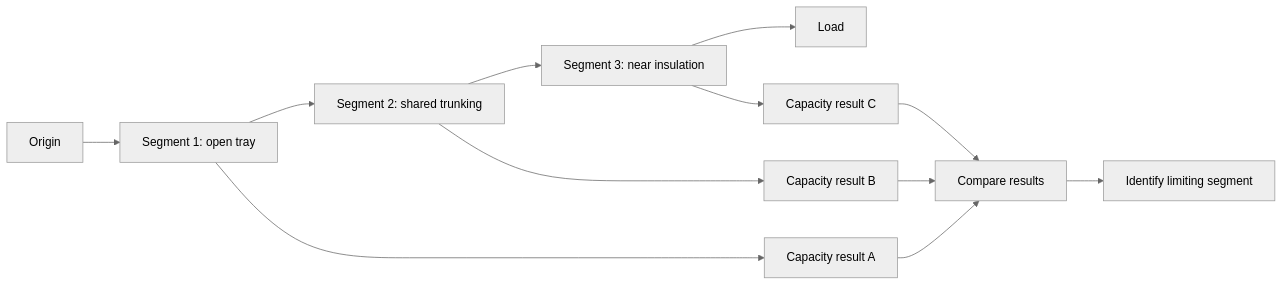
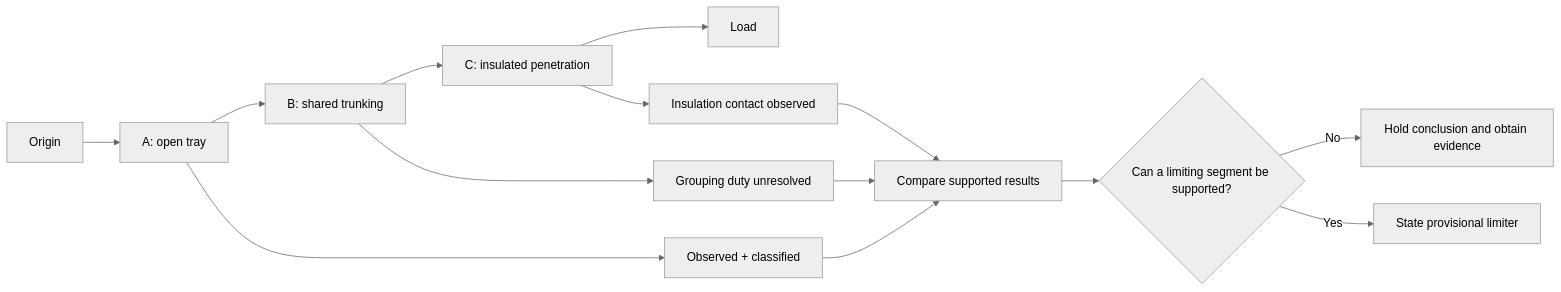
One commit to andrew3stedall/capstone changed the second of 2 diagrams in docs/learning-plans/4-week/modules/day-10-installation-conditions-and-derating.md. Above: the diagram before and after it, drawn with Mermaid (neutral theme). The commit also changed other lines of this file, not shown here.

````diff
--- a/docs/learning-plans/4-week/modules/day-10-installation-conditions-and-derating.md
+++ b/docs/learning-plans/4-week/modules/day-10-installation-conditions-and-derating.md
@@ -167,14 +192,16 @@
 ```mermaid
 flowchart LR
-    O["Origin"] --> S1["Segment 1: open tray"]
-    S1 --> S2["Segment 2: shared trunking"]
-    S2 --> S3["Segment 3: near insulation"]
-    S3 --> L["Load"]
-    S1 --> C1["Capacity result A"]
-    S2 --> C2["Capacity result B"]
-    S3 --> C3["Capacity result C"]
-    C1 --> M["Compare results"]
-    C2 --> M
-    C3 --> M
-    M --> R["Identify limiting segment"]
+    O["Origin"] --> A["A: open tray"]
+    A --> B["B: shared trunking"]
+    B --> C["C: insulated penetration"]
+    C --> L["Load"]
+    A --> EA["Observed + classified"]
+    B --> EB["Grouping duty unresolved"]
+    C --> EC["Insulation contact observed"]
+    EA --> R["Compare supported results"]
+    EB --> R
+    EC --> R
+    R --> Q{"Can a limiting segment be supported?"}
+    Q -->|No| S["Hold conclusion and obtain evidence"]
+    Q -->|Yes| P["State provisional limiter"]
 ```
````
